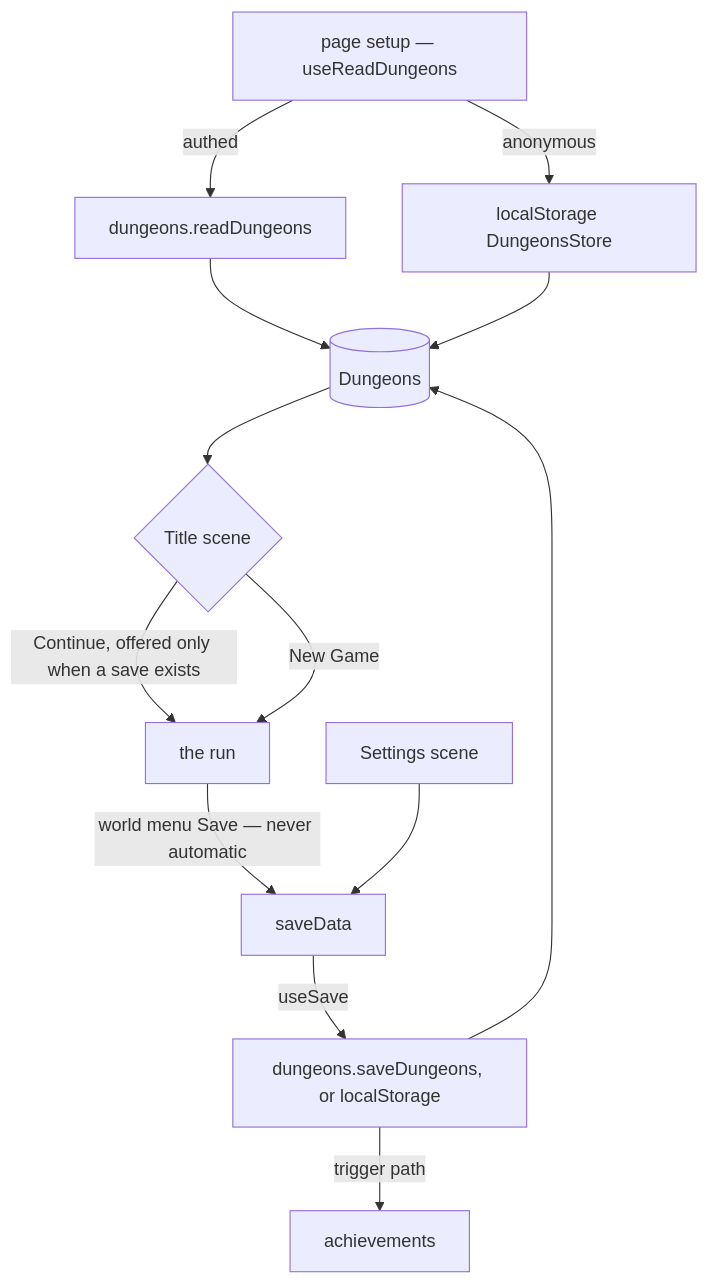
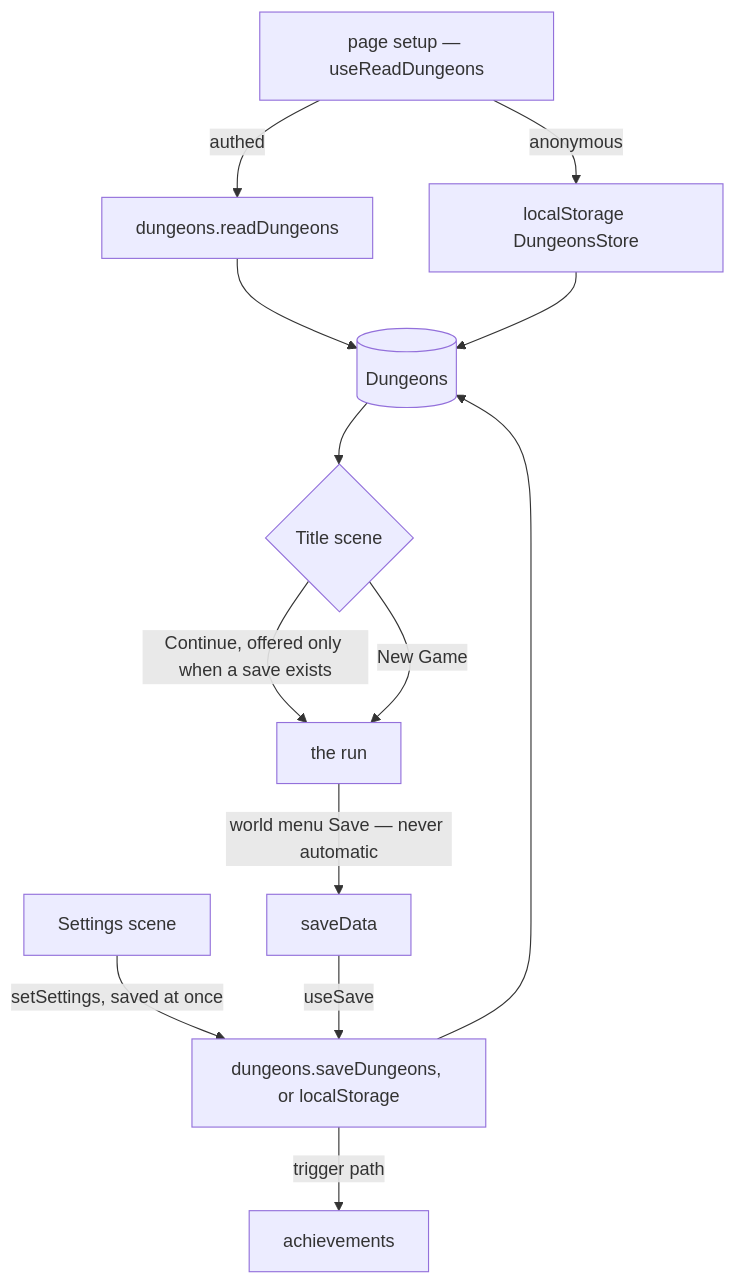
The diagram in openspec/specs/dungeons/saves-and-settings/design.md (Esposter/Esposter), drawn with Mermaid before and after one commit. The commit also changed 97 other files, not shown here.

````diff
--- a/openspec/specs/dungeons/saves-and-settings/design.md
+++ b/openspec/specs/dungeons/saves-and-settings/design.md
@@ -7,15 +7,15 @@
 ```mermaid
 flowchart TD
   setup["page setup — useReadDungeons"] -->|"authed"| readBlob["dungeons.readDungeons"]
   setup -->|"anonymous"| readLocal["localStorage DungeonsStore"]
   readBlob --> entity[("Dungeons")]
   readLocal --> entity
   entity --> titleScene{"Title scene"}
   titleScene -->|"Continue, offered only when a save exists"| run["the run"]
   titleScene -->|"New Game"| run
   run -->|"world menu Save — never automatic"| saveData["saveData"]
-  settingsScene["Settings scene"] --> saveData
+  settingsScene["Settings scene"] -->|"setSettings, saved at once"| write
   saveData -->|"useSave"| write["dungeons.saveDungeons, or localStorage"]
   write --> entity
   write -->|"trigger path"| achievements["achievements"]
 ```
````
